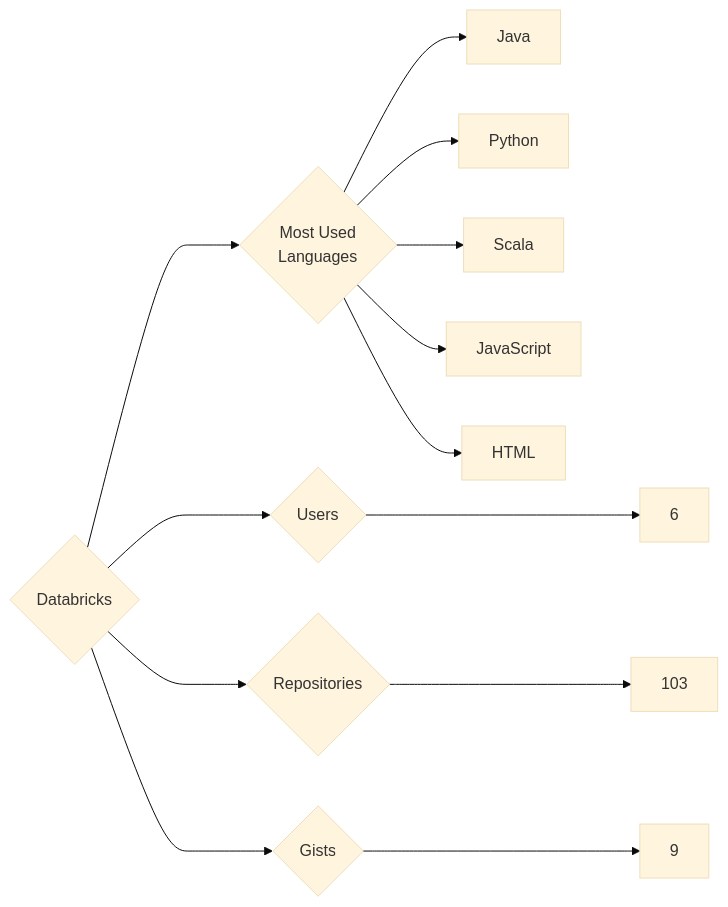
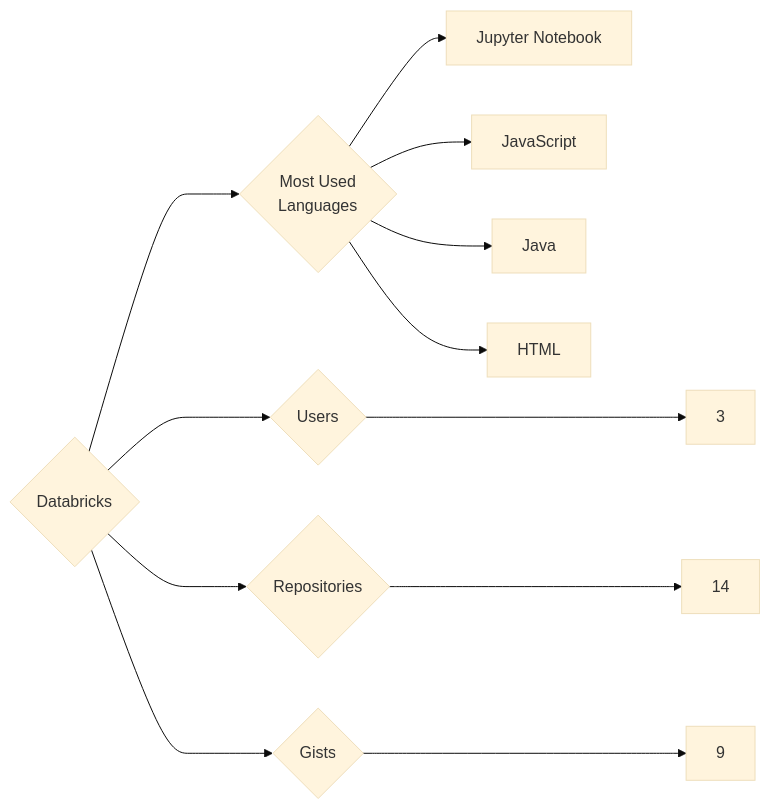
One commit to trickest/insiders changed the diagram in targets/Databricks/README.md. Above: the diagram before and after it, drawn with Mermaid (base theme). The commit also changed 559 other files, not shown here.

````diff
--- a/targets/Databricks/README.md
+++ b/targets/Databricks/README.md
@@ -3,13 +3,12 @@
 ```mermaid
 graph LR
 COMPANY_NAME{Databricks}
-COMPANY_NAME ---> U{Users} ---> UN[6]
-COMPANY_NAME ---> R{Repositories} ---> RN[103]
+COMPANY_NAME ---> U{Users} ---> UN[3]
+COMPANY_NAME ---> R{Repositories} ---> RN[14]
 COMPANY_NAME ---> G{Gists} ---> GN[9]
 COMPANY_NAME ---> ML{Most Used<br>Languages}
+ML --> Jupyter_Notebook[Jupyter Notebook]
+ML --> JavaScript[JavaScript]
 ML --> Java[Java]
-ML --> Python[Python]
-ML --> Scala[Scala]
-ML --> JavaScript[JavaScript]
 ML --> HTML[HTML]
 ```
````
